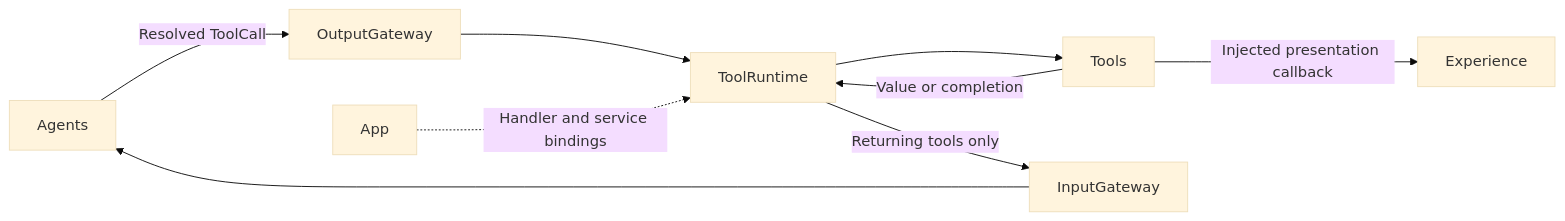
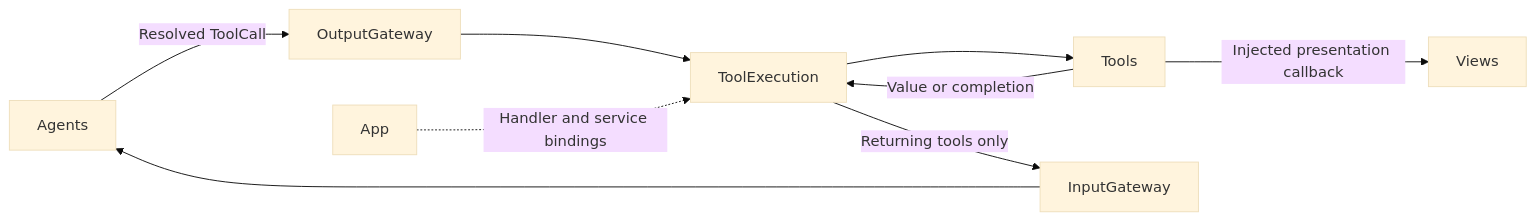
The first of 2 diagrams in MobileHarness/Tools/README.md (devilyouwei/MobileHarness), drawn with Mermaid (base theme) before and after one commit. The commit also changed other lines of this file and 132 other files, not shown here.

````diff
--- a/MobileHarness/Tools/README.md
+++ b/MobileHarness/Tools/README.md
@@ -18,11 +19,11 @@
 ```mermaid
 flowchart LR
     Agents -->|Resolved ToolCall| Gateway[OutputGateway]
-    Gateway --> Runtime[ToolRuntime]
+    Gateway --> Runtime[ToolExecution]
     App -.->|Handler and service bindings| Runtime
     Runtime --> Tools
-    Tools -->|Injected presentation callback| Experience
+    Tools -->|Injected presentation callback| Views
     Tools -->|Value or completion| Runtime
     Runtime -->|Returning tools only| Input[InputGateway]
     Input --> Agents
 ```
````
